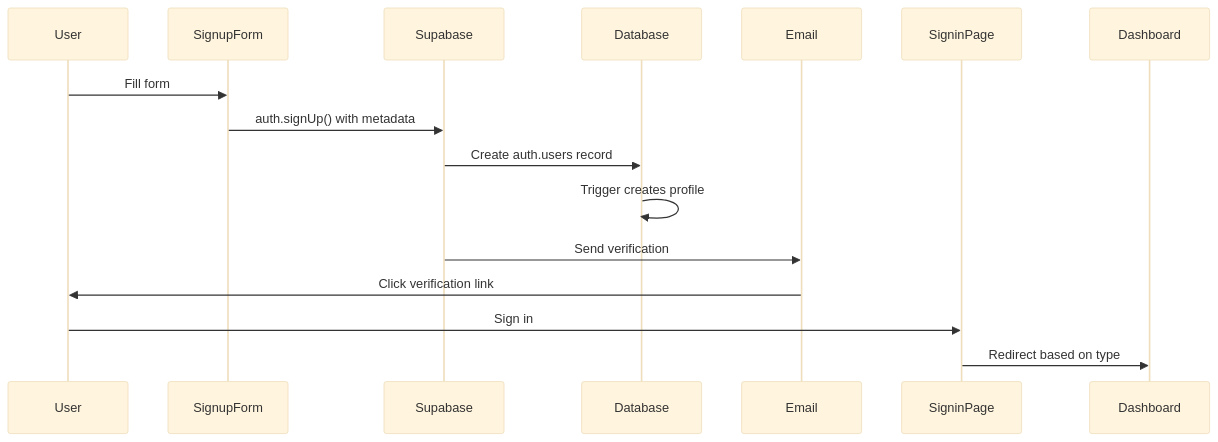
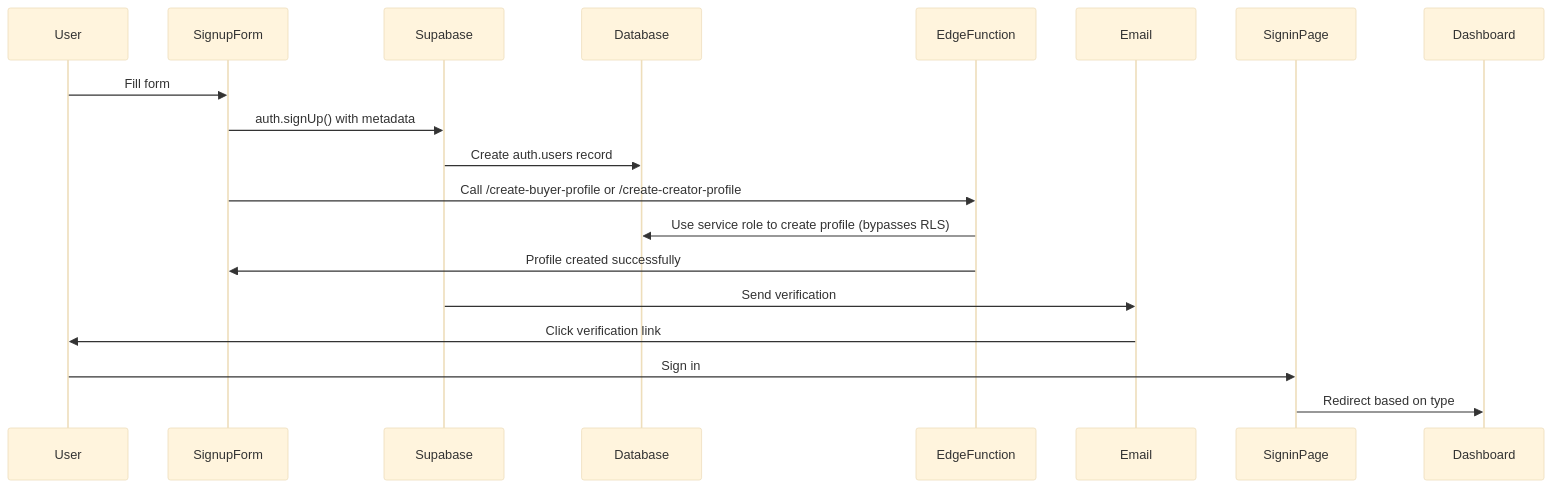
One commit to creepyblues/kstorybridge-integrated changed the first of 2 diagrams in AUTH_DOCUMENTATION.md. Above: the diagram before and after it, drawn with Mermaid (base theme). The commit also changed other lines of this file, not shown here.

First line of the commit message:
Docs: Update AUTH_DOCUMENTATION for email signup edge function migration

````diff
--- a/AUTH_DOCUMENTATION.md
+++ b/AUTH_DOCUMENTATION.md
@@ -318,11 +318,13 @@
 ```mermaid
 sequenceDiagram
     User->>SignupForm: Fill form
     SignupForm->>Supabase: auth.signUp() with metadata
     Supabase->>Database: Create auth.users record
-    Database->>Database: Trigger creates profile
+    SignupForm->>EdgeFunction: Call /create-buyer-profile or /create-creator-profile
+    EdgeFunction->>Database: Use service role to create profile (bypasses RLS)
+    EdgeFunction->>SignupForm: Profile created successfully
     Supabase->>Email: Send verification
     Email->>User: Click verification link
     User->>SigninPage: Sign in
     SigninPage->>Dashboard: Redirect based on type
 ```
````
